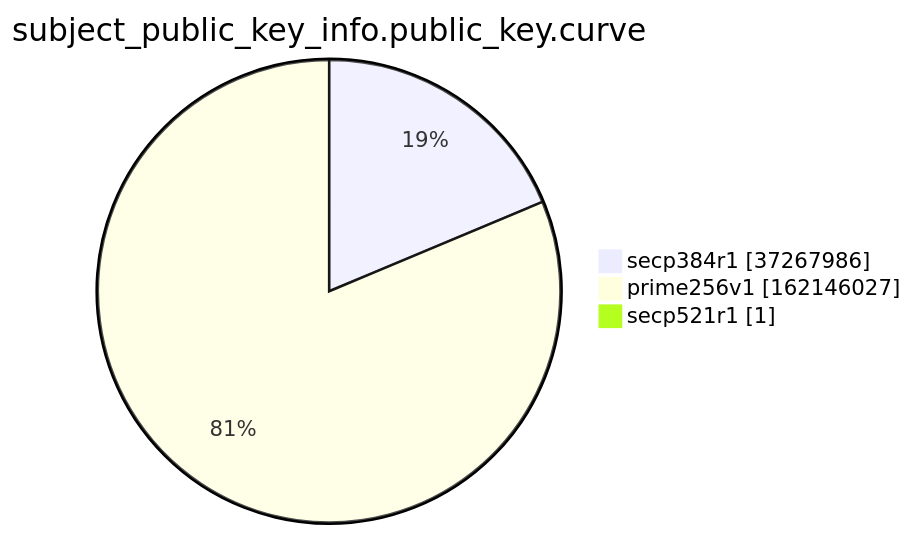
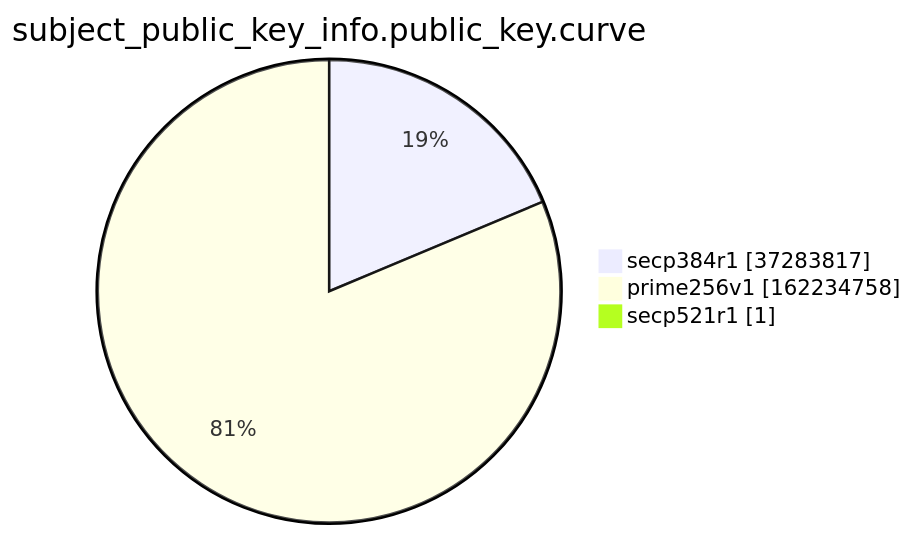
One commit to christiankrug/ctmonitor_visualization changed the ninth of 15 diagrams in argon2022/README.md. Above: the diagram before and after it, drawn with Mermaid. The commit also changed other lines of this file, not shown here.

````diff
--- a/argon2022/README.md
+++ b/argon2022/README.md
@@ -2766,7 +2766,7 @@
 ```mermaid
 pie showData
 title subject_public_key_info.public_key.curve
-"secp384r1" :37267986
-"prime256v1" :162146027
+"secp384r1" :37283817
+"prime256v1" :162234758
 "secp521r1" :1
 ```
````
